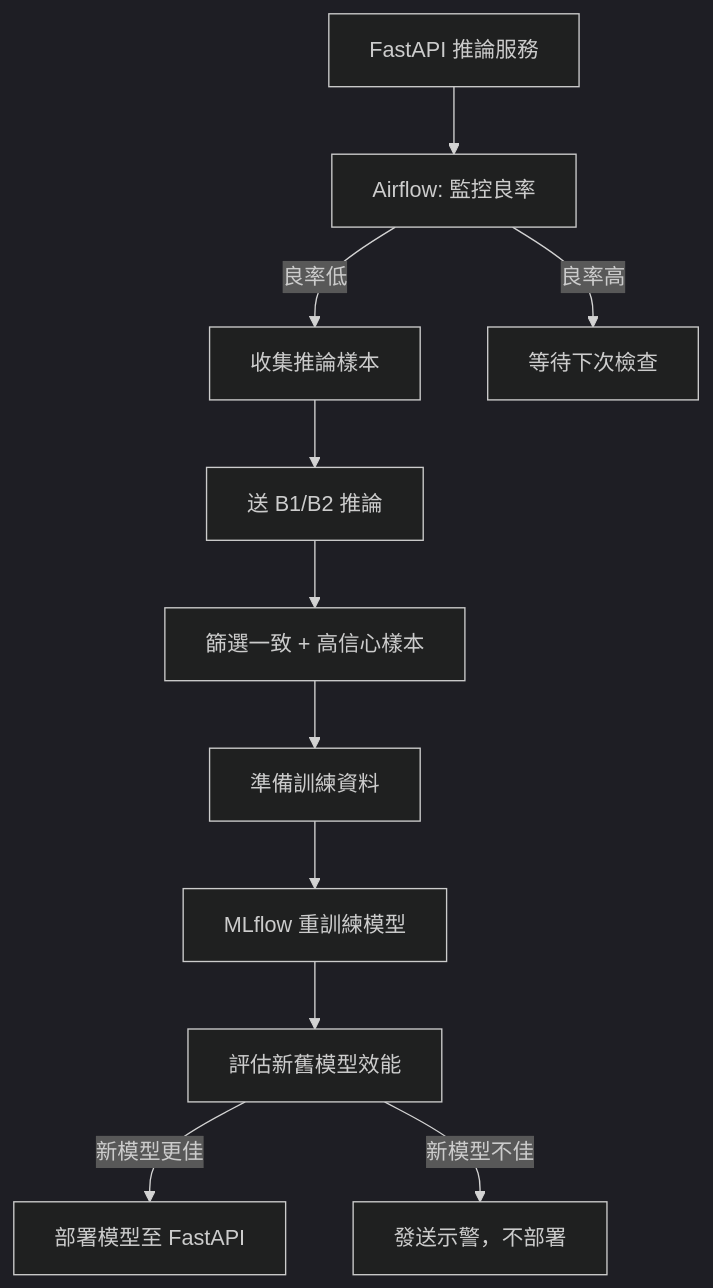
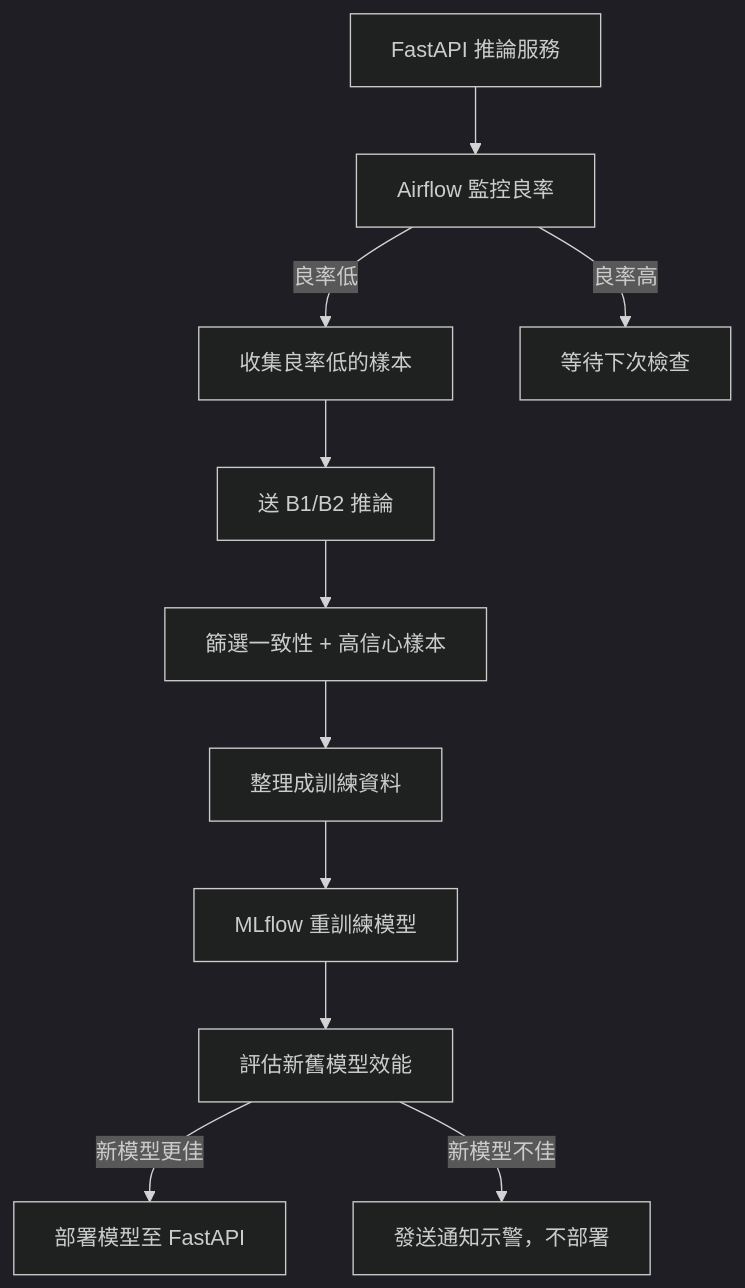
The first of 2 diagrams in README.md (OzHsu23/model_iteration_in_MLOps), drawn with Mermaid (dark theme) before and after one commit. The commit also changed other lines of this file and 2 other files, not shown here.

Commit message:
feat: fix typos and improve clarity and ignore airflow-webserver.pid from tracking

````diff
--- a/README.md
+++ b/README.md
@@ -21,14 +21,14 @@
 ```mermaid
 flowchart TD
-    A[FastAPI 推論服務] --> B[Airflow: 監控良率]
-    B -->|良率低| C[收集推論樣本]
+    A[FastAPI 推論服務] --> B[Airflow 監控良率]
+    B -->|良率低| C[收集良率低的樣本]
     C --> D[送 B1/B2 推論]
-    D --> E[篩選一致 + 高信心樣本]
-    E --> F[準備訓練資料]
+    D --> E[篩選一致性 + 高信心樣本]
+    E --> F[整理成訓練資料]
     F --> G[MLflow 重訓練模型]
     G --> I[評估新舊模型效能]
     I -->|新模型更佳| H[部署模型至 FastAPI]
-    I -->|新模型不佳| Y[發送示警，不部署]
+    I -->|新模型不佳| Y[發送通知示警，不部署]
 
     B -->|良率高| Z[等待下次檢查]
 ```
````
